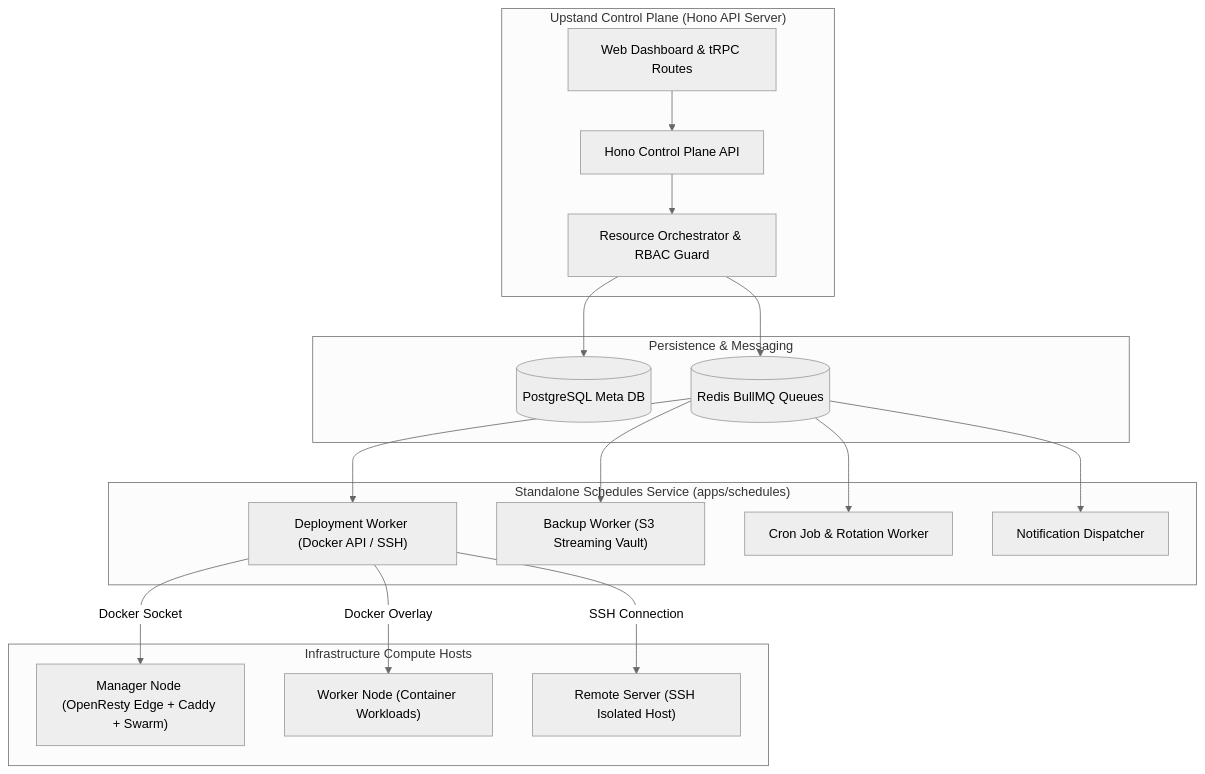
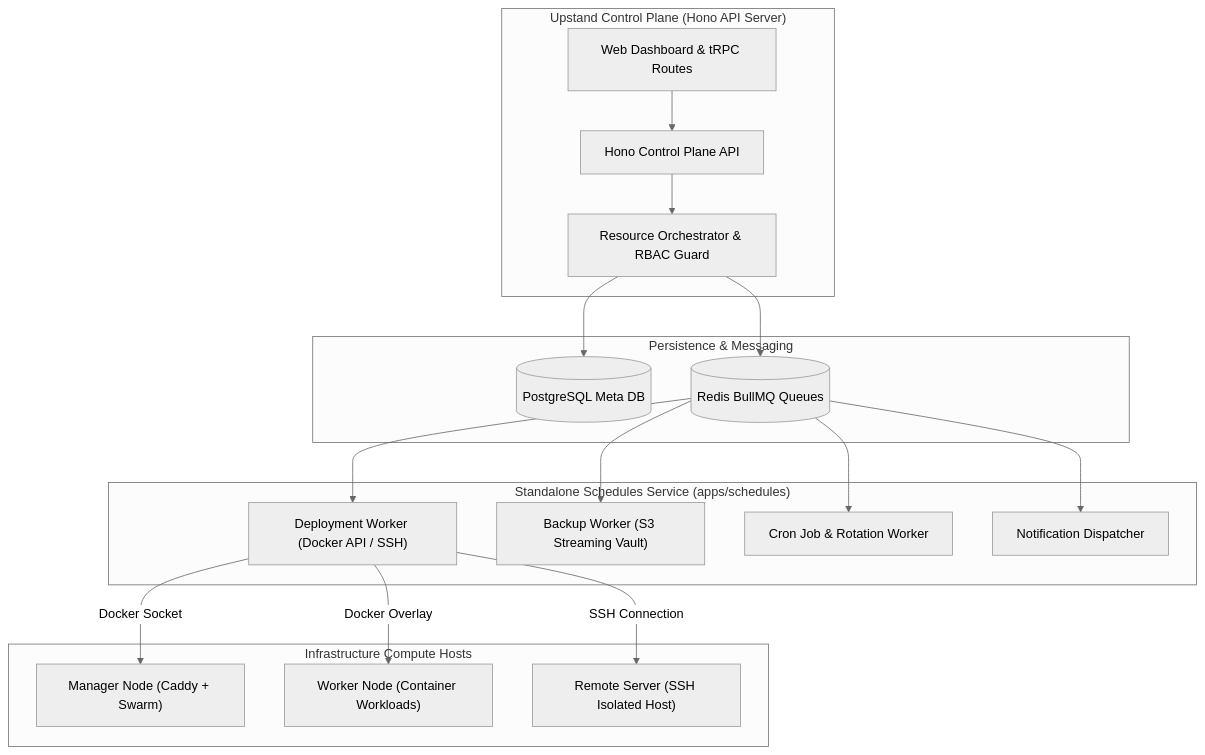
Before and after one commit to UpstandPlatform/upstand: the diagram in apps/fumadocs/content/docs/operations/infrastructure.mdx, drawn with Mermaid (neutral theme). The commit also changed other lines of this file and 102 other files, not shown here.

````diff
--- a/apps/fumadocs/content/docs/operations/infrastructure.mdx
+++ b/apps/fumadocs/content/docs/operations/infrastructure.mdx
@@ -12,37 +12,37 @@
 ```mermaid
 flowchart TD
     subgraph ControlPlane["Upstand Control Plane (Hono API Server)"]
         UI["Web Dashboard & tRPC Routes"]
         APIServer["Hono Control Plane API"]
         Orchestration["Resource Orchestrator & RBAC Guard"]
         UI --> APIServer
         APIServer --> Orchestration
     end
 
     subgraph DataStore["Persistence & Messaging"]
         Postgres[(PostgreSQL Meta DB)]
         Redis[(Redis BullMQ Queues)]
         Orchestration --> Postgres
         Orchestration --> Redis
     end
 
     subgraph WorkerPool["Standalone Schedules Service (apps/schedules)"]
         DeployWorker["Deployment Worker (Docker API / SSH)"]
         BackupWorker["Backup Worker (S3 Streaming Vault)"]
         CronWorker["Cron Job & Rotation Worker"]
         NotificationWorker["Notification Dispatcher"]
         Redis --> DeployWorker
         Redis --> BackupWorker
         Redis --> CronWorker
         Redis --> NotificationWorker
     end
 
     subgraph TargetHosts["Infrastructure Compute Hosts"]
-        Host1["Manager Node (OpenResty Edge + Caddy + Swarm)"]
+        Host1["Manager Node (Caddy + Swarm)"]
         Host2["Worker Node (Container Workloads)"]
         Host3["Remote Server (SSH Isolated Host)"]
         DeployWorker -->|Docker Socket| Host1
         DeployWorker -->|Docker Overlay| Host2
         DeployWorker -->|SSH Connection| Host3
     end
 ```
````
